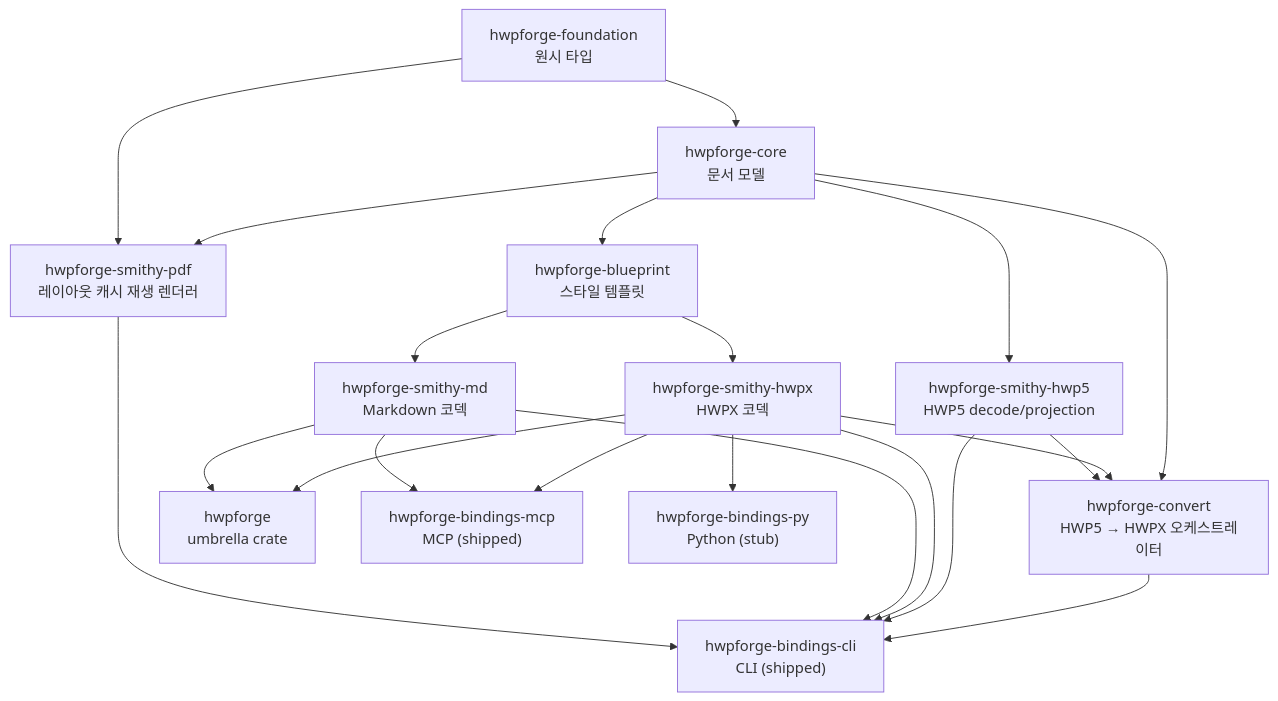
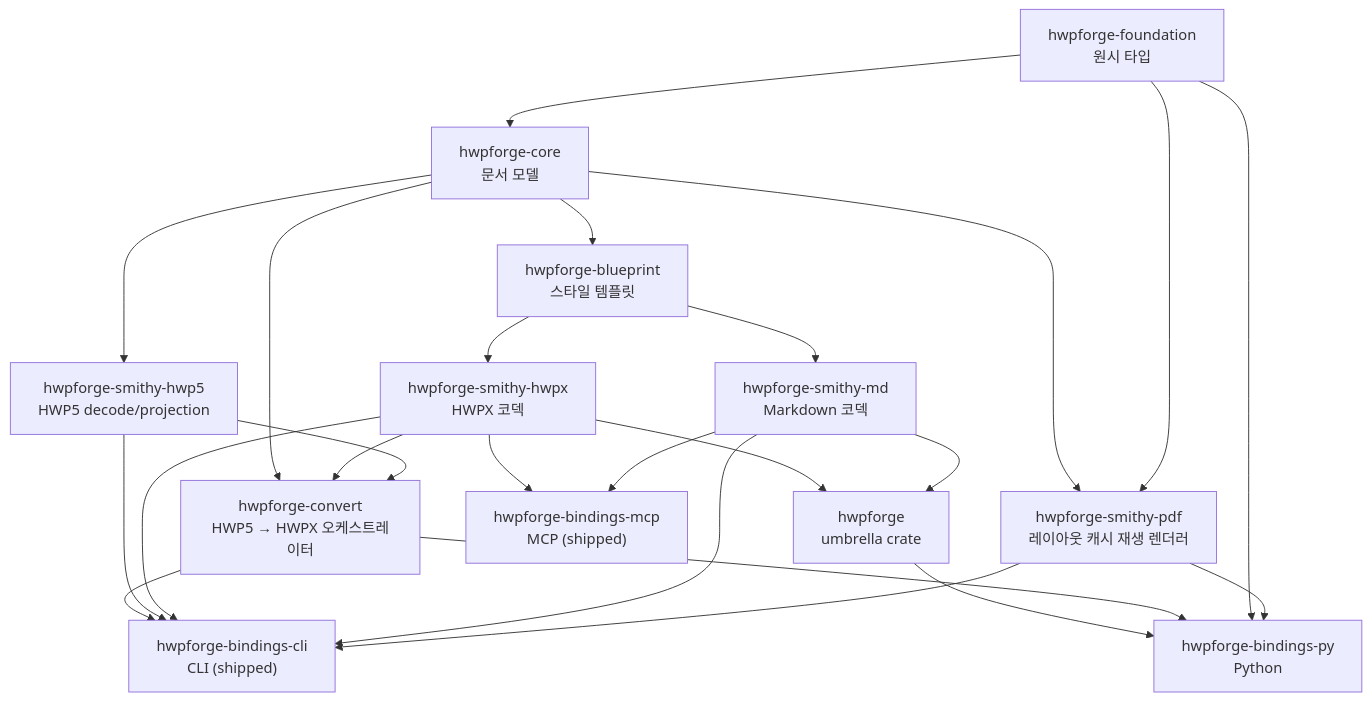
Before and after one commit to ai-screams/HwpForge: the diagram in docs/getting-started/architecture.md, drawn with Mermaid. The commit also changed other lines of this file and 7 other files, not shown here.

````diff
--- a/docs/getting-started/architecture.md
+++ b/docs/getting-started/architecture.md
@@ -19,23 +19,26 @@
 ```mermaid
 graph TD
     F[hwpforge-foundation<br/>원시 타입] --> C[hwpforge-core<br/>문서 모델]
     C --> B[hwpforge-blueprint<br/>스타일 템플릿]
     B --> SH[hwpforge-smithy-hwpx<br/>HWPX 코덱]
     B --> SM[hwpforge-smithy-md<br/>Markdown 코덱]
     C --> S5[hwpforge-smithy-hwp5<br/>HWP5 decode/projection]
     C --> SPDF[hwpforge-smithy-pdf<br/>레이아웃 캐시 재생 렌더러]
     F --> SPDF
     C --> CONV["hwpforge-convert<br/>HWP5 → HWPX 오케스트레이터"]
     SH --> CONV
     S5 --> CONV
     SH --> U[hwpforge<br/>umbrella crate]
     SM --> U
     CONV --> CLI["hwpforge-bindings-cli<br/>CLI (shipped)"]
     S5 --> CLI
     SH --> CLI
     SM --> CLI
     SPDF --> CLI
     SH --> MCP["hwpforge-bindings-mcp<br/>MCP (shipped)"]
     SM --> MCP
-    SH --> PY["hwpforge-bindings-py<br/>Python (stub)"]
+    U --> PY["hwpforge-bindings-py<br/>Python"]
+    CONV --> PY
+    F --> PY
+    SPDF --> PY
 ```
````
